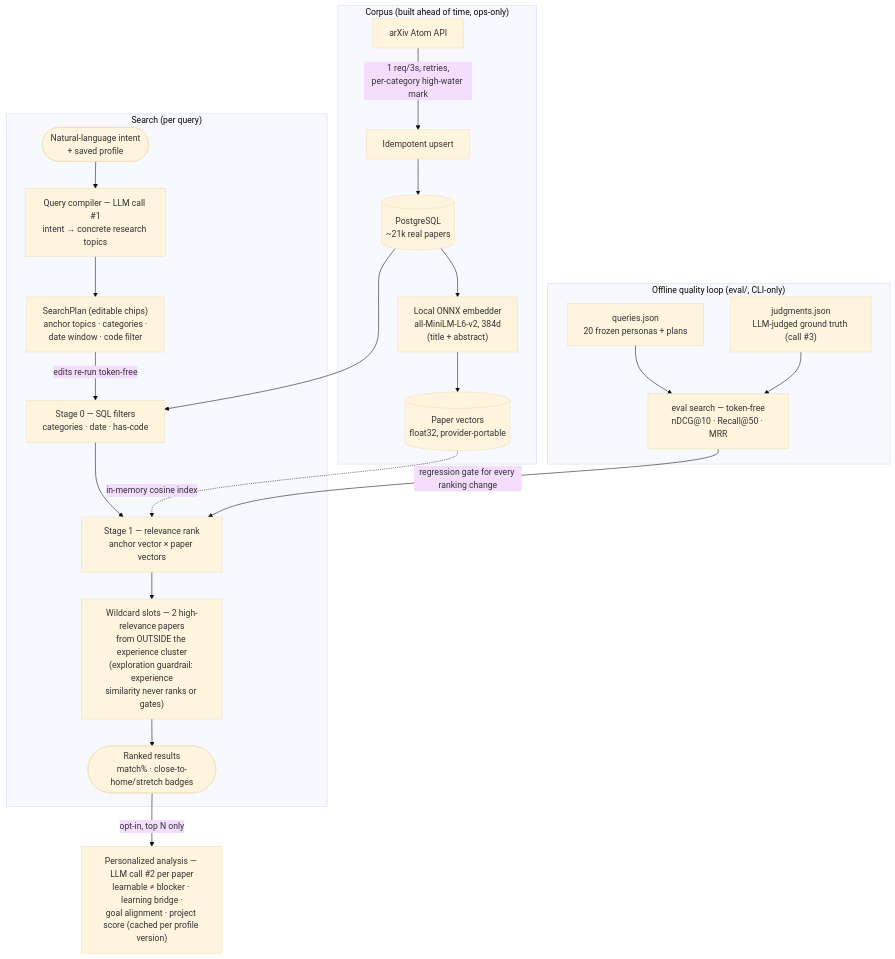
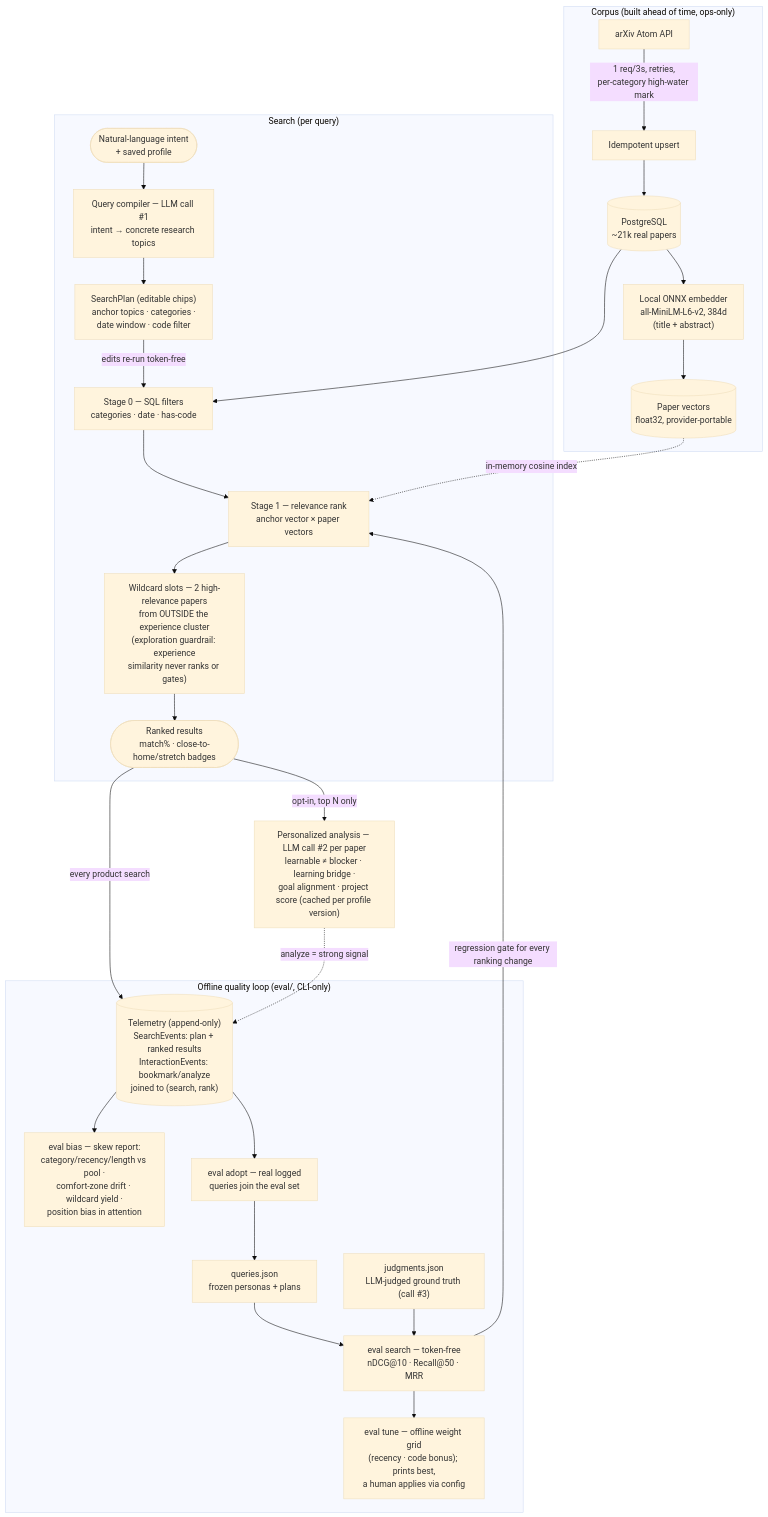
Before and after one commit to Will-Alger/fatwood: the diagram in README.md, drawn with Mermaid (base theme). The commit also changed other lines of this file and 23 other files, not shown here.

````diff
--- a/README.md
+++ b/README.md
@@ -51,28 +51,35 @@
 ```mermaid
 flowchart TD
     subgraph corpus["Corpus (built ahead of time, ops-only)"]
         arxiv["arXiv Atom API"] -->|"1 req/3s, retries,<br/>per-category high-water mark"| upsert["Idempotent upsert"]
         upsert --> pg[("PostgreSQL<br/>~21k real papers")]
         pg --> embedder["Local ONNX embedder<br/>all-MiniLM-L6-v2, 384d<br/>(title + abstract)"]
         embedder --> vecs[("Paper vectors<br/>float32, provider-portable")]
     end
 
     subgraph search["Search (per query)"]
         user(["Natural-language intent<br/>+ saved profile"]) --> compiler["Query compiler — LLM call #35;1<br/>intent → concrete research topics"]
         compiler --> plan["SearchPlan (editable chips)<br/>anchor topics · categories ·<br/>date window · code filter"]
         plan -->|"edits re-run token-free"| filters
         filters["Stage 0 — SQL filters<br/>categories · date · has-code"] --> rank
         pg --> filters
         vecs -.->|"in-memory cosine index"| rank["Stage 1 — relevance rank<br/>anchor vector × paper vectors"]
         rank --> wildcards["Wildcard slots — 2 high-relevance papers<br/>from OUTSIDE the experience cluster<br/>(exploration guardrail: experience<br/>similarity never ranks or gates)"]
         wildcards --> results(["Ranked results<br/>match% · close-to-home/stretch badges"])
     end
 
     results -->|"opt-in, top N only"| analysis["Personalized analysis — LLM call #35;2 per paper<br/>learnable ≠ blocker · learning bridge ·<br/>goal alignment · project score (cached per profile version)"]
 
+    results -->|"every product search"| telemetry[("Telemetry (append-only)<br/>SearchEvents: plan + ranked results<br/>InteractionEvents: bookmark/analyze<br/>joined to (search, rank)")]
+    analysis -.->|"analyze = strong signal"| telemetry
+
     subgraph eval["Offline quality loop (eval/, CLI-only)"]
-        queries["queries.json<br/>20 frozen personas + plans"] --> score["eval search — token-free<br/>nDCG@10 · Recall@50 · MRR"]
+        queries["queries.json<br/>frozen personas + plans"] --> score["eval search — token-free<br/>nDCG@10 · Recall@50 · MRR"]
         judgments["judgments.json<br/>LLM-judged ground truth (call #35;3)"] --> score
+        telemetry --> bias["eval bias — skew report:<br/>category/recency/length vs pool ·<br/>comfort-zone drift · wildcard yield ·<br/>position bias in attention"]
+        telemetry --> adopt["eval adopt — real logged<br/>queries join the eval set"]
+        adopt --> queries
+        score --> tune["eval tune — offline weight grid<br/>(recency · code bonus); prints best,<br/>a human applies via config"]
         score -->|"regression gate for every ranking change"| rank
     end
 ```
````
